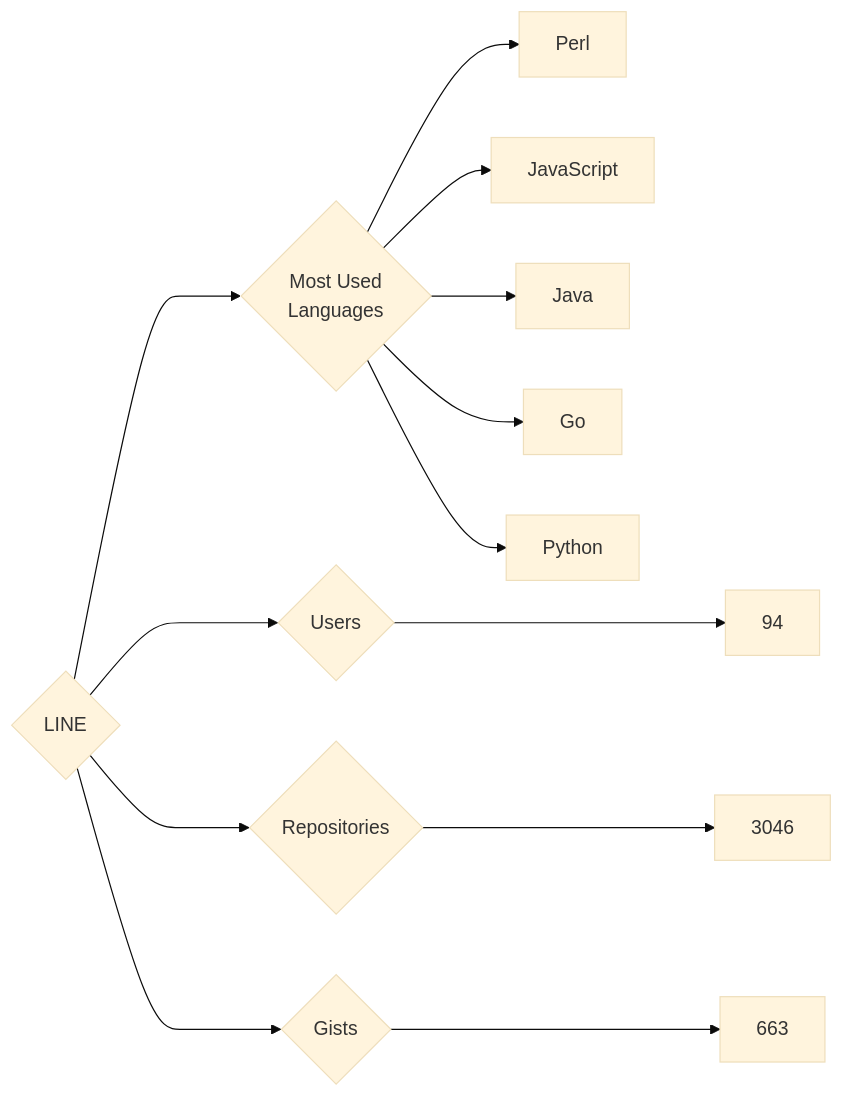
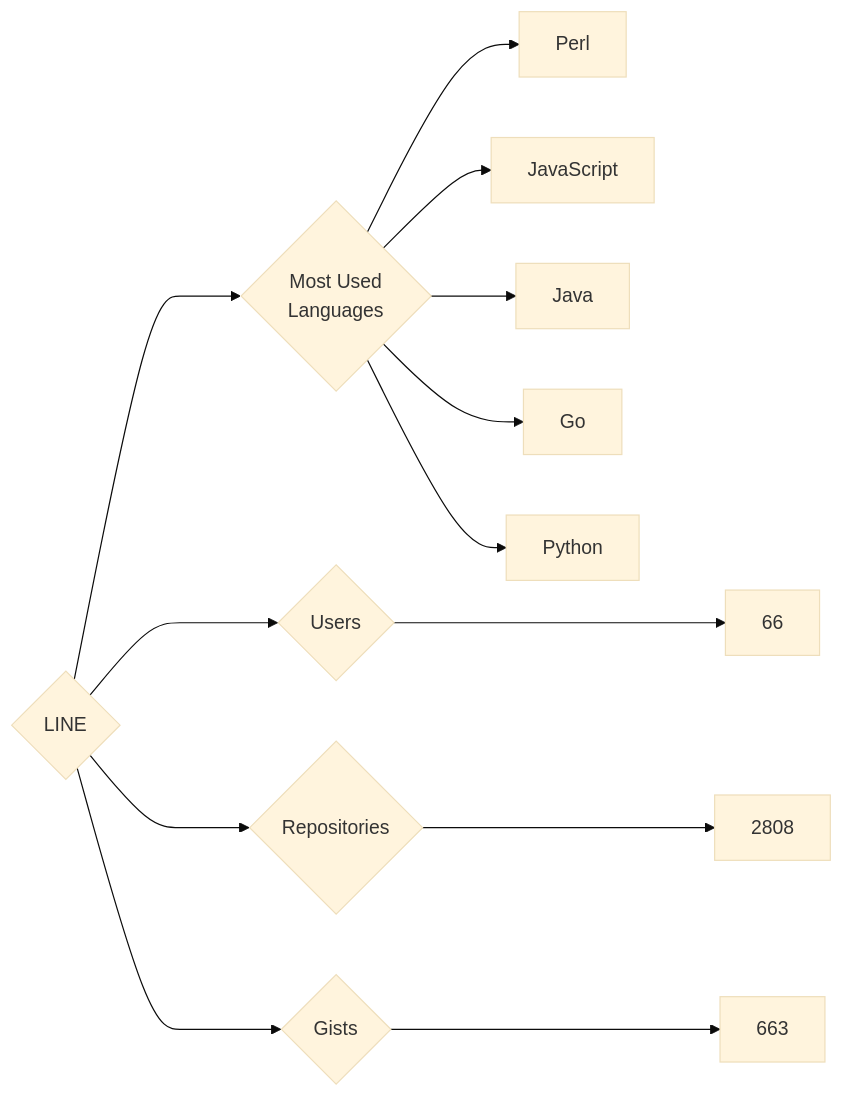
Before and after one commit to trickest/insiders: the diagram in targets/LINE/README.md, drawn with Mermaid (base theme). The commit also changed 823 other files, not shown here.

````diff
--- a/targets/LINE/README.md
+++ b/targets/LINE/README.md
@@ -3,13 +3,13 @@
 ```mermaid
 graph LR
 COMPANY_NAME{LINE}
-COMPANY_NAME ---> U{Users} ---> UN[94]
-COMPANY_NAME ---> R{Repositories} ---> RN[3046]
+COMPANY_NAME ---> U{Users} ---> UN[66]
+COMPANY_NAME ---> R{Repositories} ---> RN[2808]
 COMPANY_NAME ---> G{Gists} ---> GN[663]
 COMPANY_NAME ---> ML{Most Used<br>Languages}
 ML --> Perl[Perl]
 ML --> JavaScript[JavaScript]
 ML --> Java[Java]
 ML --> Go[Go]
 ML --> Python[Python]
 ```
````
